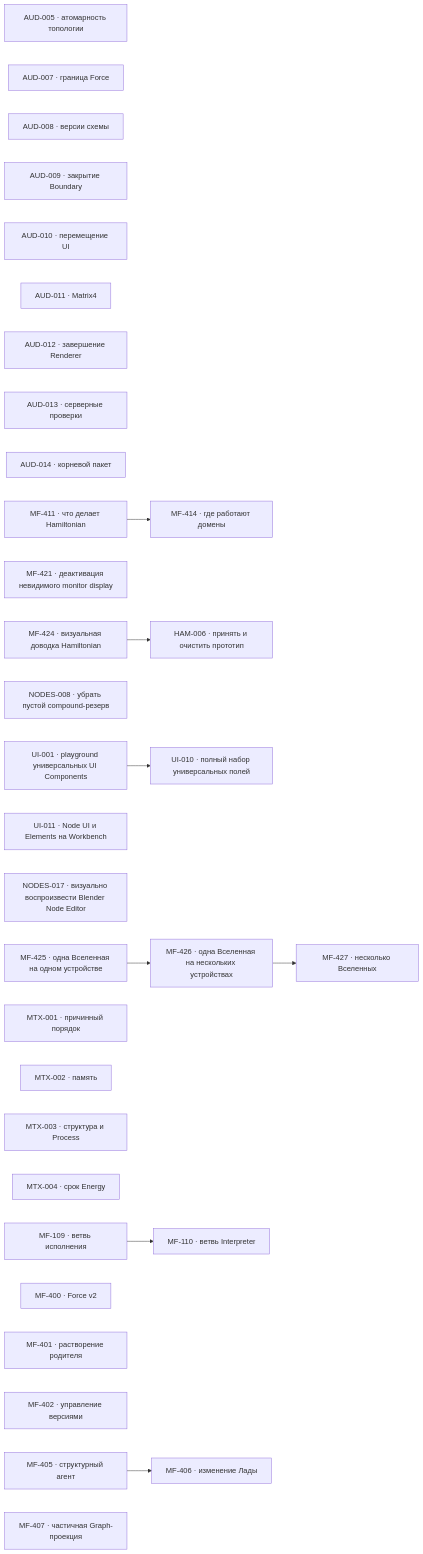
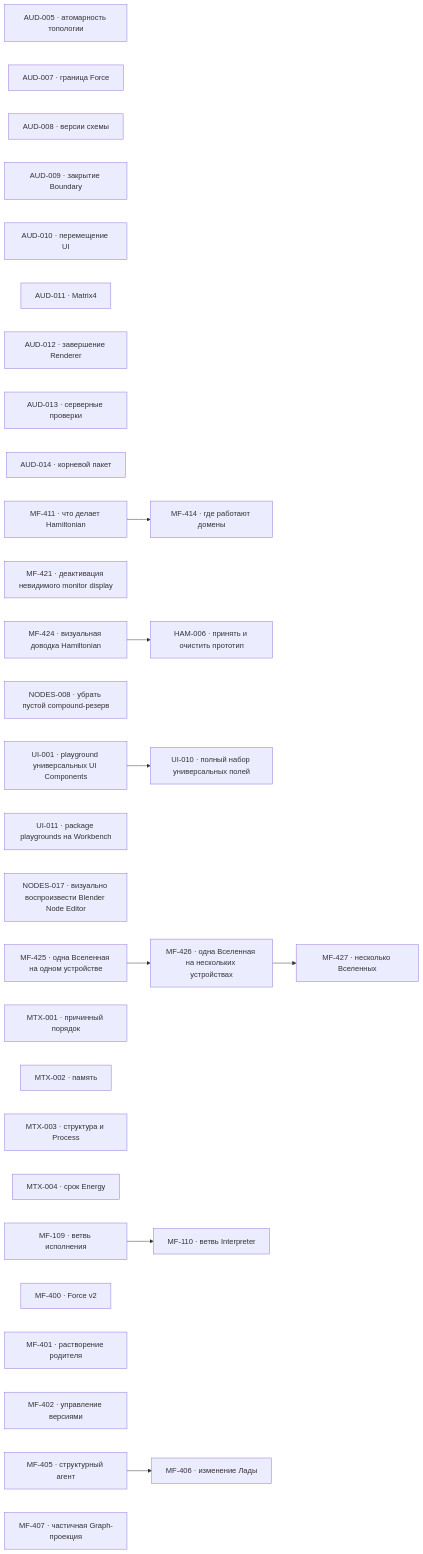
Before and after one commit to zavx0z/metafor: the diagram in project/TODO.md, drawn with Mermaid. The commit also changed other lines of this file and 3 other files, not shown here.

````diff
--- a/project/TODO.md
+++ b/project/TODO.md
@@ -13,44 +13,44 @@
 ```mermaid
 flowchart LR
     AUD005["AUD-005 · атомарность топологии"]
     AUD007["AUD-007 · граница Force"]
     AUD008["AUD-008 · версии схемы"]
     AUD009["AUD-009 · закрытие Boundary"]
     AUD010["AUD-010 · перемещение UI"]
     AUD011["AUD-011 · Matrix4"]
     AUD012["AUD-012 · завершение Renderer"]
     AUD013["AUD-013 · серверные проверки"]
     AUD014["AUD-014 · корневой пакет"]
     MF411["MF-411 · что делает Hamiltonian"]
     MF414["MF-414 · где работают домены"]
     MF421["MF-421 · деактивация невидимого monitor display"]
     MF424["MF-424 · визуальная доводка Hamiltonian"]
     HAM006["HAM-006 · принять и очистить прототип"]
     NODES008["NODES-008 · убрать пустой compound-резерв"]
     UI001["UI-001 · playground универсальных UI Components"]
     UI010["UI-010 · полный набор универсальных полей"]
-    UI011["UI-011 · Node UI и Elements на Workbench"]
+    UI011["UI-011 · package playgrounds на Workbench"]
     NODES017["NODES-017 · визуально воспроизвести Blender Node Editor"]
     MF425["MF-425 · одна Вселенная на одном устройстве"]
     MF426["MF-426 · одна Вселенная на нескольких устройствах"]
     MF427["MF-427 · несколько Вселенных"]
     MTX001["MTX-001 · причинный порядок"]
     MTX002["MTX-002 · память"]
     MTX003["MTX-003 · структура и Process"]
     MTX004["MTX-004 · срок Energy"]
     MF109["MF-109 · ветвь исполнения"]
     MF110["MF-110 · ветвь Interpreter"]
     MF400["MF-400 · Force v2"]
     MF401["MF-401 · растворение родителя"]
     MF402["MF-402 · управление версиями"]
     MF405["MF-405 · структурный агент"]
     MF406["MF-406 · изменение Лады"]
     MF407["MF-407 · частичная Graph-проекция"]
     MF109 --> MF110
     MF405 --> MF406
     MF411 --> MF414
     MF424 --> HAM006
     UI001 --> UI010
     MF425 --> MF426
     MF426 --> MF427
 ```
````
